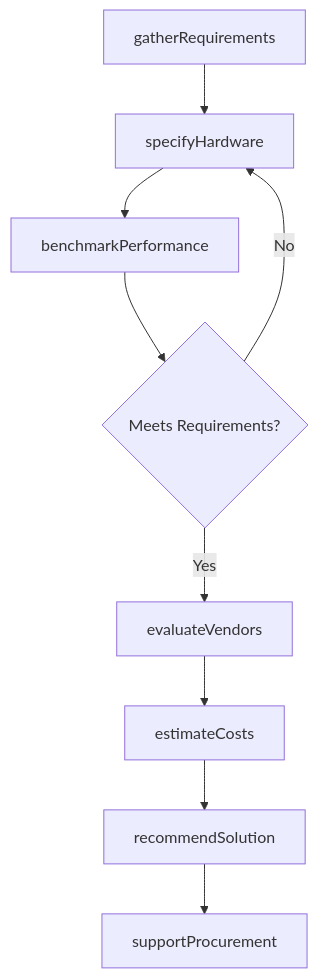
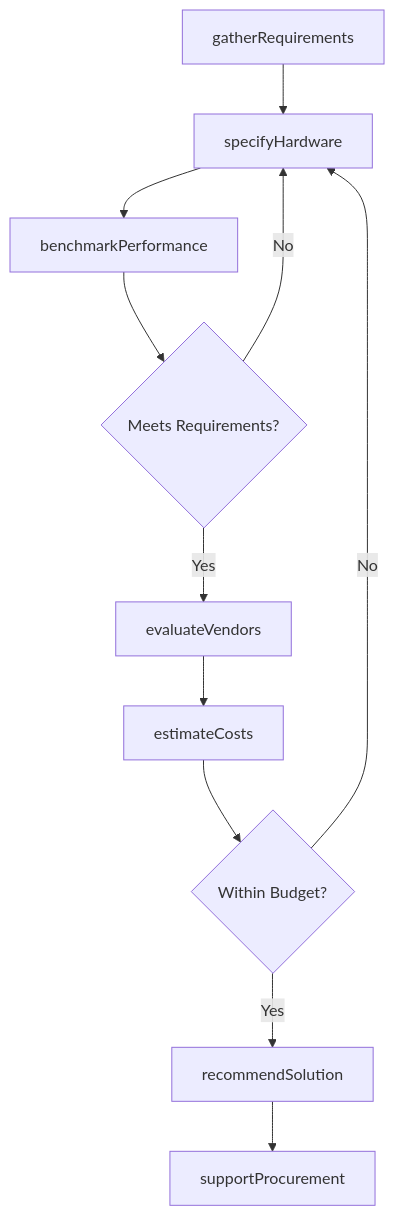
Before and after one commit to dot-org-ai/tasks.org.ai: the third of 4 diagrams in ProvidingConsultationAndAdviceToOthers/AdviseOthersOnTheDesignOrUseOfTechnologies/ProvideRecommendationsOthersAboutComputer.mdx, drawn with Mermaid. The commit also changed other lines of this file and 307 other files, not shown here.

First line of the commit message:
feat: Add ER diagrams and state diagrams to remaining 308 DWA task files (wave 3 complete)

````diff
--- a/ProvidingConsultationAndAdviceToOthers/AdviseOthersOnTheDesignOrUseOfTechnologies/ProvideRecommendationsOthersAboutComputer.mdx
+++ b/ProvidingConsultationAndAdviceToOthers/AdviseOthersOnTheDesignOrUseOfTechnologies/ProvideRecommendationsOthersAboutComputer.mdx
@@ -87,11 +114,13 @@
 ```mermaid
 graph TD
     A[gatherRequirements] --> B[specifyHardware]
     B --> C[benchmarkPerformance]
     C --> D{Meets Requirements?}
     D -->|No| B
     D -->|Yes| E[evaluateVendors]
     E --> F[estimateCosts]
-    F --> G[recommendSolution]
-    G --> H[supportProcurement]
+    F --> G{Within Budget?}
+    G -->|Yes| H[recommendSolution]
+    G -->|No| B
+    H --> I[supportProcurement]
 ```
````
